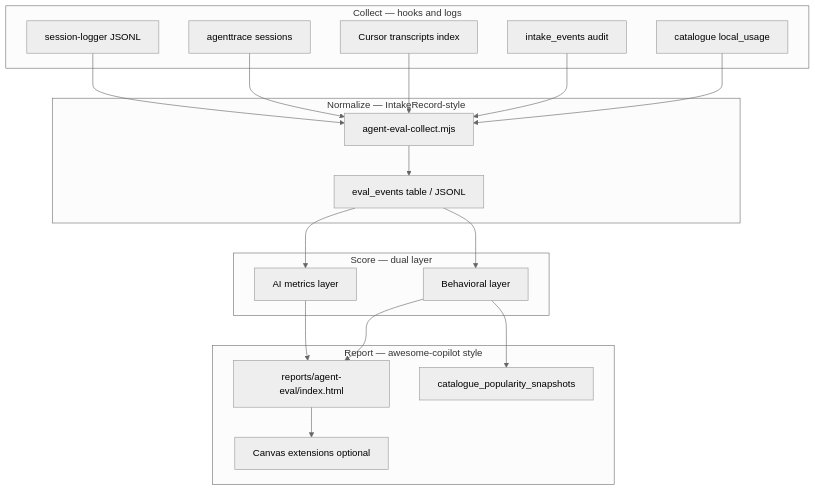
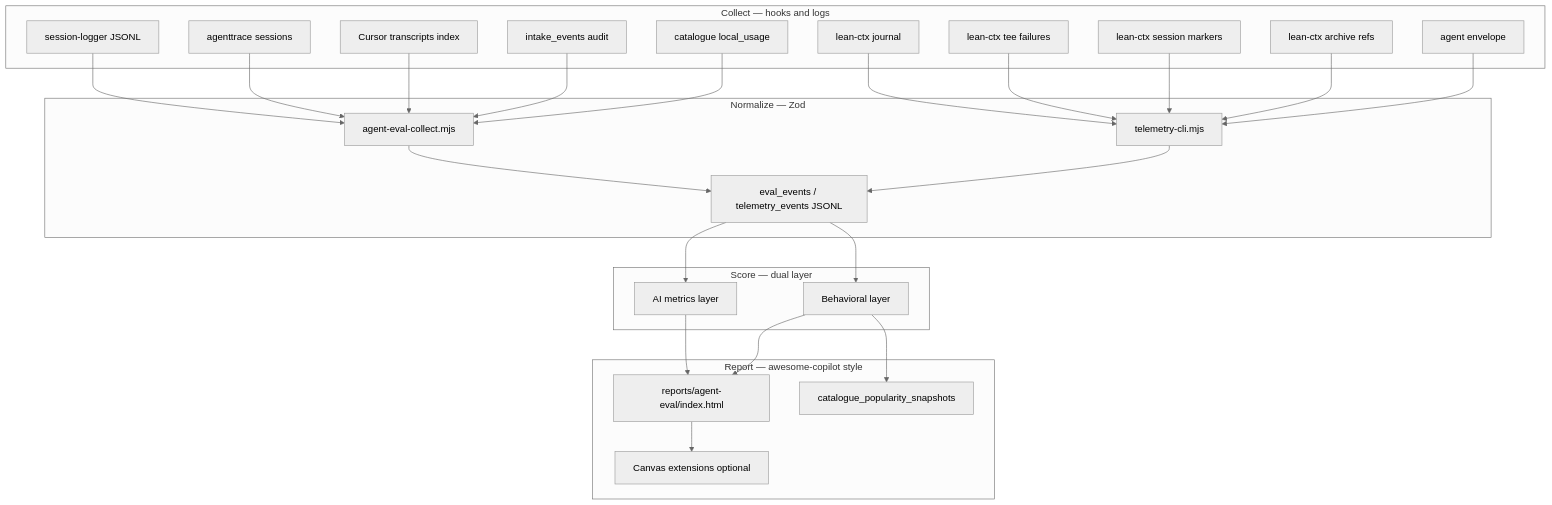
Before and after one commit to Ditto190/modme-ui-01: the diagram in docs/evaluation/ARCHITECTURE.md, drawn with Mermaid (neutral theme). The commit also changed other lines of this file and 417 other files, not shown here.

Commit message:
feat(observability): distributed telemetry pipeline and agent terminal orchestration

````diff
--- a/docs/evaluation/ARCHITECTURE.md
+++ b/docs/evaluation/ARCHITECTURE.md
@@ -73,39 +73,51 @@
 ```mermaid
 flowchart TB
   subgraph collect [Collect — hooks and logs]
     SL[session-logger JSONL]
     AT[agenttrace sessions]
     TR[Cursor transcripts index]
     IE[intake_events audit]
     CT[catalogue local_usage]
+    LCJ[lean-ctx journal]
+    LCT[lean-ctx tee failures]
+    LCM[lean-ctx session markers]
+    LCA[lean-ctx archive refs]
+    ENV[agent envelope]
   end
 
-  subgraph normalize [Normalize — IntakeRecord-style]
+  subgraph normalize [Normalize — Zod]
     EC[agent-eval-collect.mjs]
-    EV[eval_events table / JSONL]
+    TC[telemetry-cli.mjs]
+    EV[eval_events / telemetry_events JSONL]
   end
 
   subgraph score [Score — dual layer]
     AM[AI metrics layer]
     BM[Behavioral layer]
   end
 
   subgraph report [Report — awesome-copilot style]
     HTML[reports/agent-eval/index.html]
     CV[Canvas extensions optional]
     CAT[catalogue_popularity_snapshots]
   end
 
   SL --> EC
   AT --> EC
   TR --> EC
   IE --> EC
   CT --> EC
+  LCJ --> TC
+  LCT --> TC
+  LCM --> TC
+  LCA --> TC
+  ENV --> TC
   EC --> EV
+  TC --> EV
   EV --> AM
   EV --> BM
   AM --> HTML
   BM --> HTML
   BM --> CAT
   HTML --> CV
 ```
````
